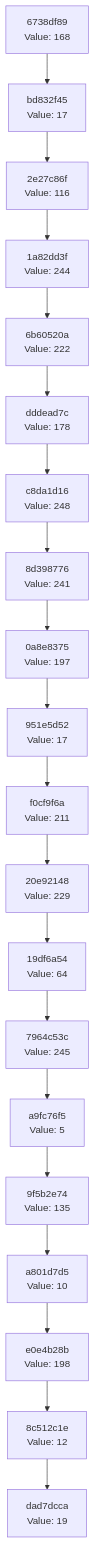
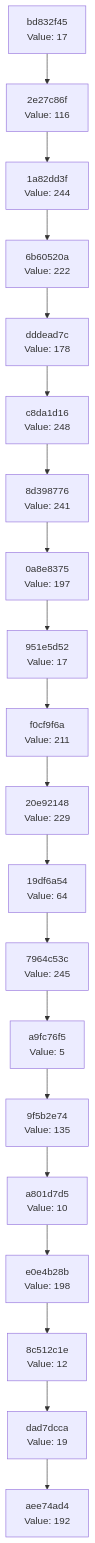
Before and after one commit to Abhisheksinha1506/hash-chain-evolver: the diagram in docs/CHAIN_VISUALIZATION.md, drawn with Mermaid. The commit also changed 3 other files, not shown here.

````diff
--- a/docs/CHAIN_VISUALIZATION.md
+++ b/docs/CHAIN_VISUALIZATION.md
@@ -3,42 +3,42 @@
 ```mermaid
 graph TD
-    C0["dad7dcca<br/>Value: 19"]
-    C1["8c512c1e<br/>Value: 12"]
+    C0["aee74ad4<br/>Value: 192"]
+    C1["dad7dcca<br/>Value: 19"]
     C1 --> C0
-    C2["e0e4b28b<br/>Value: 198"]
+    C2["8c512c1e<br/>Value: 12"]
     C2 --> C1
-    C3["a801d7d5<br/>Value: 10"]
+    C3["e0e4b28b<br/>Value: 198"]
     C3 --> C2
-    C4["9f5b2e74<br/>Value: 135"]
+    C4["a801d7d5<br/>Value: 10"]
     C4 --> C3
-    C5["a9fc76f5<br/>Value: 5"]
+    C5["9f5b2e74<br/>Value: 135"]
     C5 --> C4
-    C6["7964c53c<br/>Value: 245"]
+    C6["a9fc76f5<br/>Value: 5"]
     C6 --> C5
-    C7["19df6a54<br/>Value: 64"]
+    C7["7964c53c<br/>Value: 245"]
     C7 --> C6
-    C8["20e92148<br/>Value: 229"]
+    C8["19df6a54<br/>Value: 64"]
     C8 --> C7
-    C9["f0cf9f6a<br/>Value: 211"]
+    C9["20e92148<br/>Value: 229"]
     C9 --> C8
-    C10["951e5d52<br/>Value: 17"]
+    C10["f0cf9f6a<br/>Value: 211"]
     C10 --> C9
-    C11["0a8e8375<br/>Value: 197"]
+    C11["951e5d52<br/>Value: 17"]
     C11 --> C10
-    C12["8d398776<br/>Value: 241"]
+    C12["0a8e8375<br/>Value: 197"]
     C12 --> C11
-    C13["c8da1d16<br/>Value: 248"]
+    C13["8d398776<br/>Value: 241"]
     C13 --> C12
-    C14["dddead7c<br/>Value: 178"]
+    C14["c8da1d16<br/>Value: 248"]
     C14 --> C13
-    C15["6b60520a<br/>Value: 222"]
+    C15["dddead7c<br/>Value: 178"]
     C15 --> C14
-    C16["1a82dd3f<br/>Value: 244"]
+    C16["6b60520a<br/>Value: 222"]
     C16 --> C15
-    C17["2e27c86f<br/>Value: 116"]
+    C17["1a82dd3f<br/>Value: 244"]
     C17 --> C16
-    C18["bd832f45<br/>Value: 17"]
+    C18["2e27c86f<br/>Value: 116"]
     C18 --> C17
-    C19["6738df89<br/>Value: 168"]
+    C19["bd832f45<br/>Value: 17"]
     C19 --> C18
 ```
````
